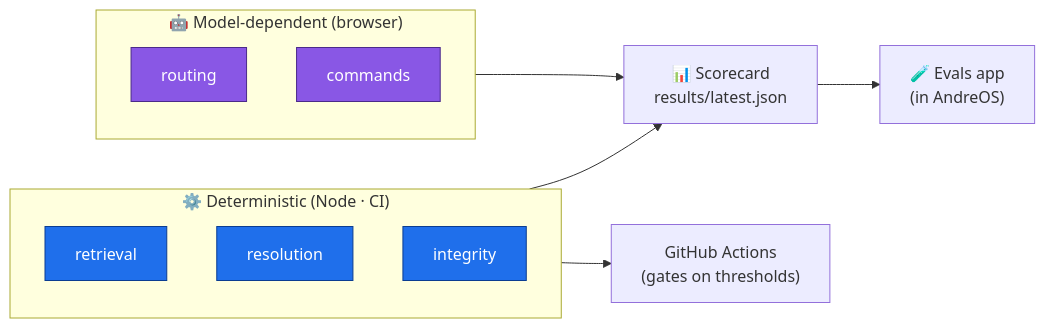
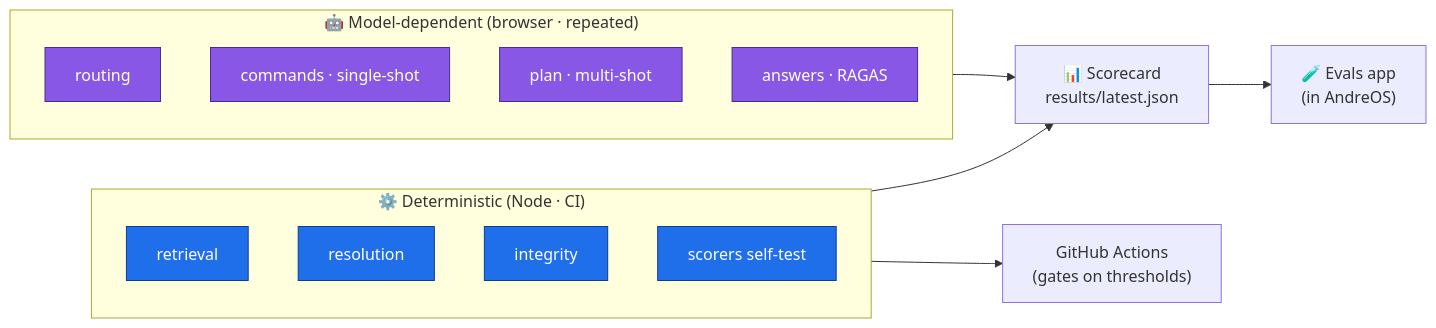
Before and after one commit to andreped/AndreOS: the first of 5 diagrams in docs/architecture/assistant-evals-architecture.md, drawn with Mermaid. The commit also changed other lines of this file and 13 other files, not shown here.

````diff
--- a/docs/architecture/assistant-evals-architecture.md
+++ b/docs/architecture/assistant-evals-architecture.md
@@ -25,22 +28,25 @@
 ```mermaid
 flowchart LR
     subgraph DET["⚙️ Deterministic (Node · CI)"]
         R["retrieval"]
         RES["resolution"]
         INT["integrity"]
+        SCO["scorers self-test"]
     end
-    subgraph LLM["🤖 Model-dependent (browser)"]
+    subgraph LLM["🤖 Model-dependent (browser · repeated)"]
         RT["routing"]
-        CMD["commands"]
+        CMD["commands · single-shot"]
+        PLN["plan · multi-shot"]
+        ANS["answers · RAGAS"]
     end
 
     DET --> SC["📊 Scorecard<br/>results/latest.json"]
     LLM --> SC
     SC --> APP["🧪 Evals app<br/>(in AndreOS)"]
     DET --> CI["GitHub Actions<br/>(gates on thresholds)"]
 
     classDef det fill:#1f6feb,stroke:#0b3d91,color:#fff;
     classDef llm fill:#8957e5,stroke:#4b2a8a,color:#fff;
-    class R,RES,INT det
-    class RT,CMD llm
+    class R,RES,INT,SCO det
+    class RT,CMD,PLN,ANS llm
 ```
````
